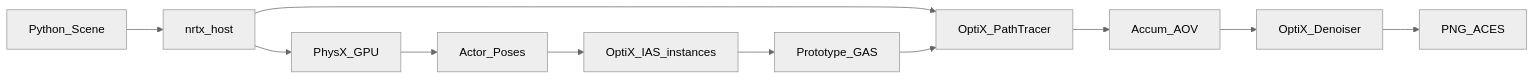
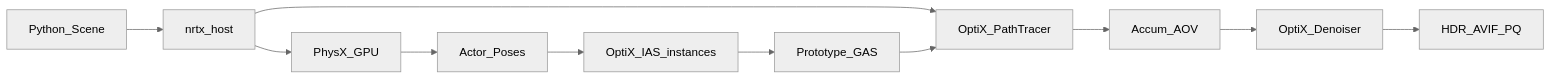
The diagram in docs/report/01-overview.md (goooxu/LumenCore), drawn with Mermaid (neutral theme) before and after one commit. The commit also changed other lines of this file and 132 other files, not shown here.

First line of the commit message:
Replace PNG with HDR AVIF I/O and auto-detect CUDA arch. (#2)

````diff
--- a/docs/report/01-overview.md
+++ b/docs/report/01-overview.md
@@ -18,13 +18,13 @@
 ```mermaid
 flowchart LR
   py[Python_Scene] --> host[nrtx_host]
   host --> px[PhysX_GPU]
   px --> poses[Actor_Poses]
   poses --> ias[OptiX_IAS_instances]
   ias --> gas[Prototype_GAS]
   host --> optix[OptiX_PathTracer]
   gas --> optix
   optix --> aov[Accum_AOV]
   aov --> denoise[OptiX_Denoiser]
-  denoise --> png[PNG_ACES]
+  denoise --> avif[HDR_AVIF_PQ]
 ```
````
